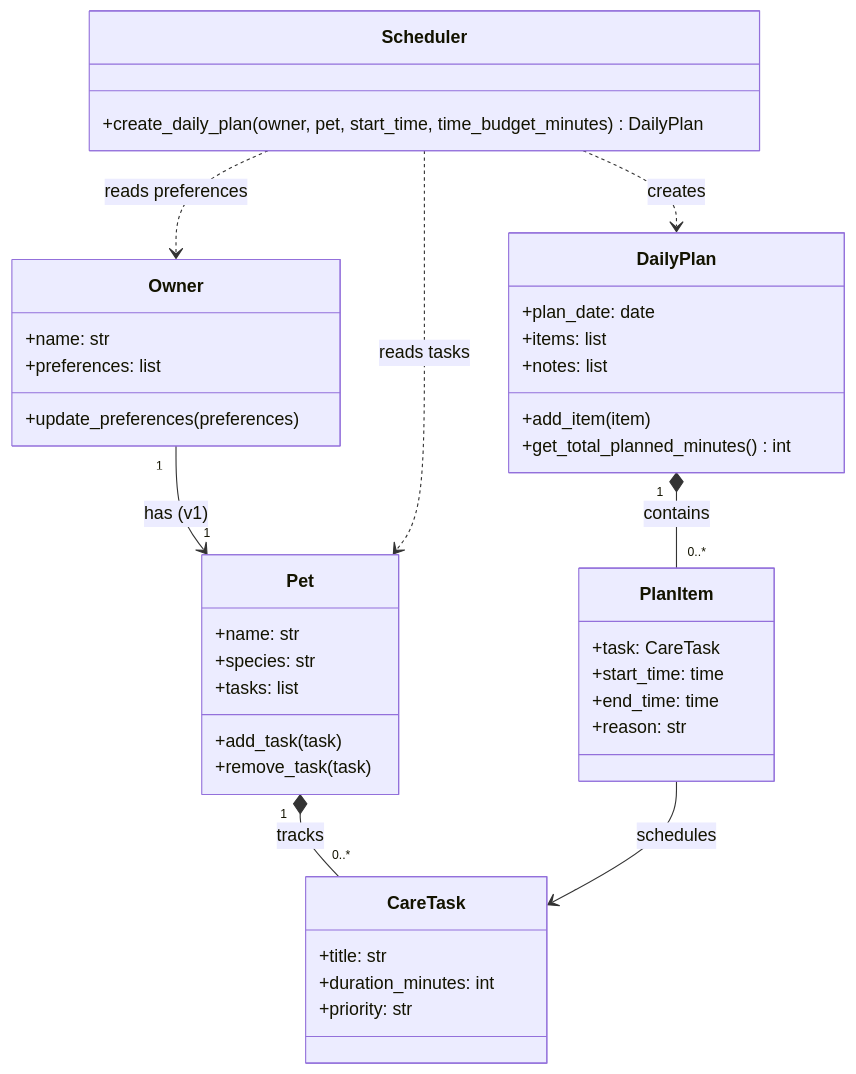
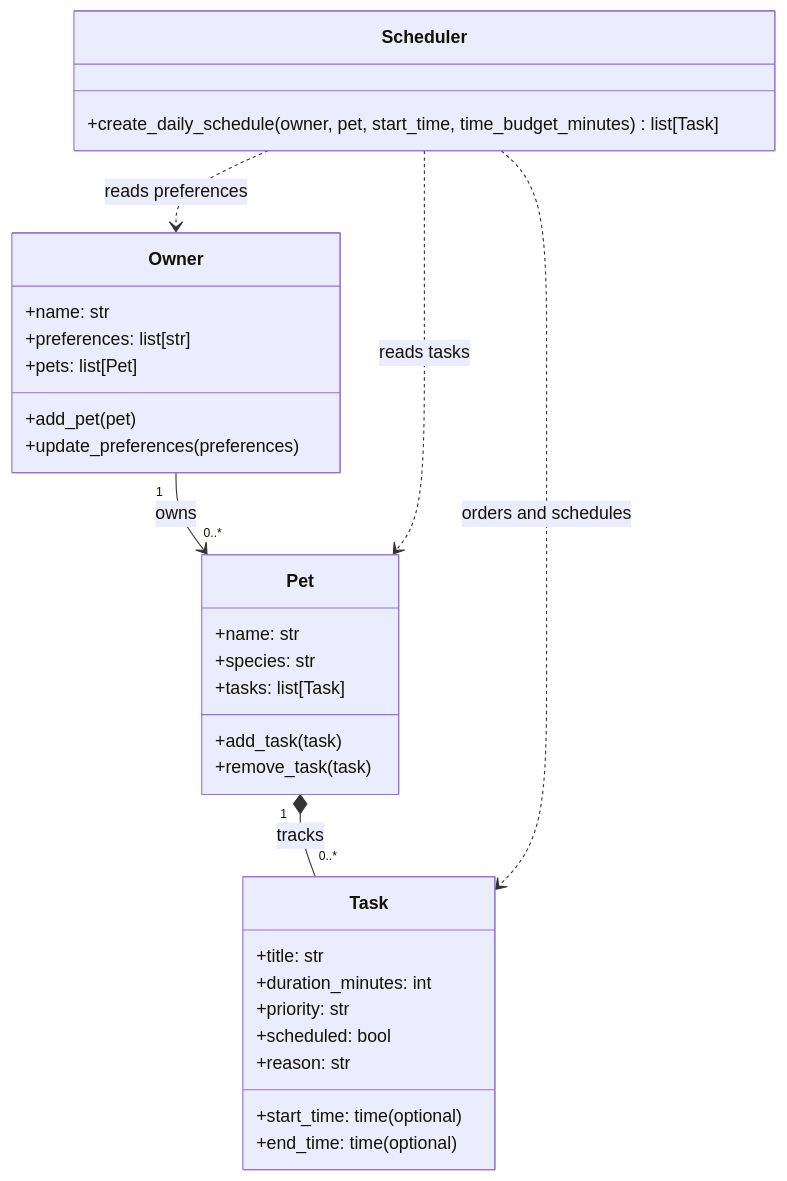
Before and after one commit to anthony1060504/ai110-module2show-pawpal-starter: the diagram in diagrams/uml.mmd, drawn with Mermaid. The commit also changed 3 other files, not shown here.

Commit message:
revised UML diagram into 4 class structure

```diff
--- a/diagrams/uml.mmd
+++ b/diagrams/uml.mmd
@@ -1,53 +1,42 @@
 classDiagram
     class Owner {
         +name: str
-        +preferences: list
+        +preferences: list[str]
+        +pets: list[Pet]
+        +add_pet(pet)
         +update_preferences(preferences)
     }
 
     class Pet {
         +name: str
         +species: str
-        +tasks: list
+        +tasks: list[Task]
         +add_task(task)
         +remove_task(task)
     }
 
-    class CareTask {
+    class Task {
         +title: str
         +duration_minutes: int
         +priority: str
+        +scheduled: bool
+        +start_time: time (optional)
+        +end_time: time (optional)
+        +reason: str
     }
 
     class Scheduler {
-        +create_daily_plan(owner, pet, start_time, time_budget_minutes) DailyPlan
+        +create_daily_schedule(owner, pet, start_time, time_budget_minutes) list[Task]
     }
 
-    class DailyPlan {
-        +plan_date: date
-        +items: list
-        +notes: list
-        +add_item(item)
-        +get_total_planned_minutes() int
-    }
-
-    class PlanItem {
-        +task: CareTask
-        +start_time: time
-        +end_time: time
-        +reason: str
-    }
-
-    Owner "1" --> "1" Pet : has (v1)
-    Pet "1" *-- "0..*" CareTask : tracks
+    Owner "1" --> "0..*" Pet : owns
+    Pet "1" *-- "0..*" Task : tracks
     Scheduler ..> Owner : reads preferences
     Scheduler ..> Pet : reads tasks
-    Scheduler ..> DailyPlan : creates
-    DailyPlan "1" *-- "0..*" PlanItem : contains
-    PlanItem --> CareTask : schedules
+    Scheduler ..> Task : orders and schedules
 
-    %% A DailyPlan covers one date, from 00:00 up to (but not past) 24:00.
+    %% Generate a schedule for one selected pet and one day; each Pet belongs to one Owner.
     %% The time budget starts at start_time and is capped by the time remaining until midnight.
-    %% Higher priority tasks come first; preferences are soft tie-breakers for equal priorities.
-    %% Tasks that do not fit are noted.
-    %% CareTask priority is low, medium, or high. Category is omitted because title is sufficient.
+    %% Higher-priority tasks come first; preferences are soft tie-breakers for equal priorities.
+    %% Scheduled tasks have start/end times; tasks that do not fit have scheduled=false and a reason.
+    %% Task priority is low, medium, or high. Separate DailyPlan and PlanItem classes are omitted.
```
